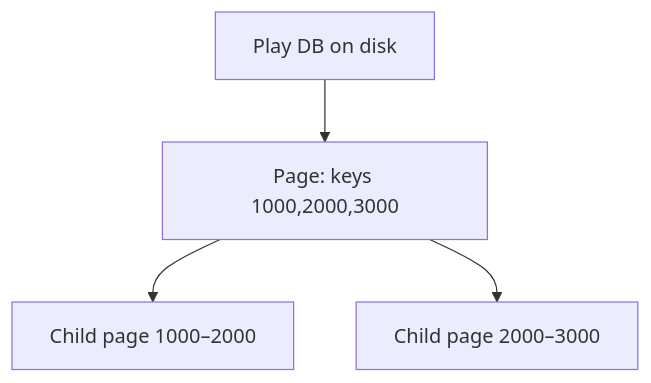
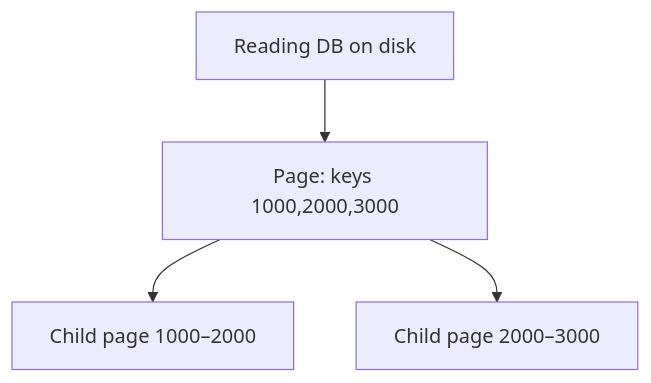
One commit to qgjones9/python-programming-guide changed the fifth of 6 diagrams in docs/dsa/data-structures/2-3-4-tree/index.md. Above: the diagram before and after it, drawn with Mermaid. The commit also changed other lines of this file and 29 other files, not shown here.

````diff
--- a/docs/dsa/data-structures/2-3-4-tree/index.md
+++ b/docs/dsa/data-structures/2-3-4-tree/index.md
@@ -329,7 +327,7 @@
 ```mermaid
 flowchart TB
-  DB["Play DB on disk"]
+  DB["Reading DB on disk"]
   DB --> P1["Page: keys 1000,2000,3000"]
   P1 --> P2["Child page 1000–2000"]
   P1 --> P3["Child page 2000–3000"]
 ```
````
